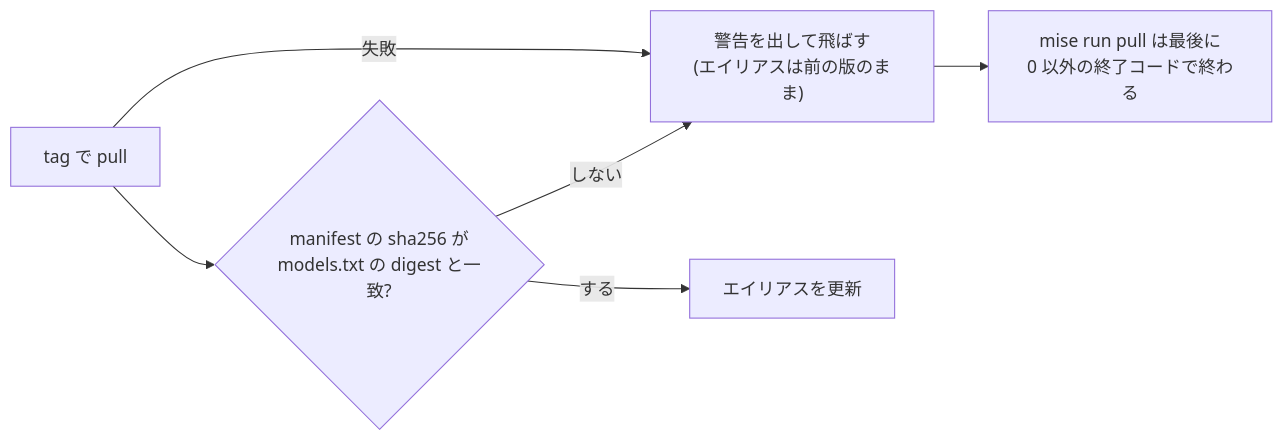
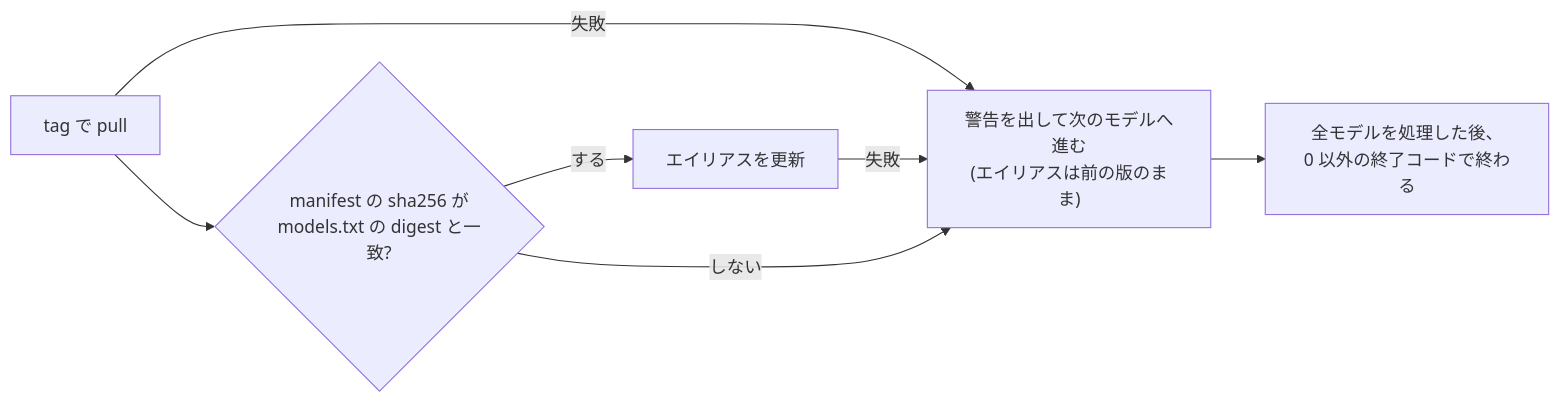
The diagram in docs/models.md (msageha/local-ai-chat), drawn with Mermaid before and after one commit. The commit also changed other lines of this file and 4 other files, not shown here.

````diff
--- a/docs/models.md
+++ b/docs/models.md
@@ -234,8 +217,9 @@
 ```mermaid
 flowchart LR
   pull["tag で pull"] -- 失敗 --> warn
   pull --> check{"manifest の sha256 が<br>models.txt の digest と一致?"}
   check -- する --> alias["エイリアスを更新"]
-  check -- しない --> warn["警告を出して飛ばす<br>(エイリアスは前の版のまま)"]
-  warn --> exit["mise run pull は最後に<br>0 以外の終了コードで終わる"]
+  alias -- 失敗 --> warn
+  check -- しない --> warn["警告を出して次のモデルへ進む<br>(エイリアスは前の版のまま)"]
+  warn --> exit["全モデルを処理した後、<br>0 以外の終了コードで終わる"]
 ```
````
